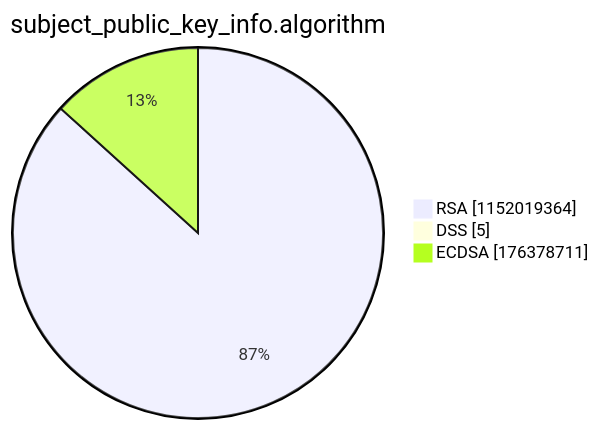
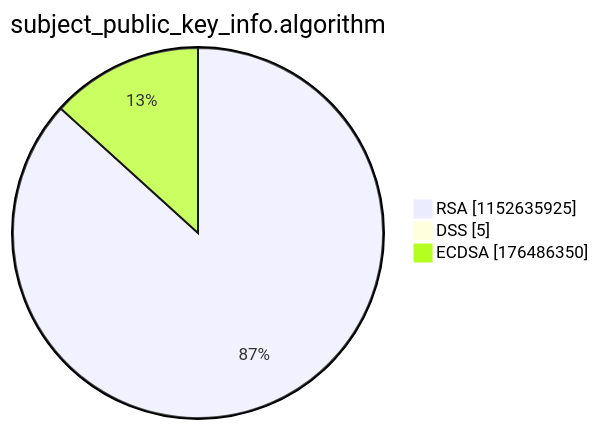
The third of 15 diagrams in argon2022/README.md (christiankrug/ctmonitor_visualization), drawn with Mermaid before and after one commit. The commit also changed other lines of this file, not shown here.

````diff
--- a/argon2022/README.md
+++ b/argon2022/README.md
@@ -14,7 +14,7 @@
 ```mermaid
 pie showData
 title subject_public_key_info.algorithm
-"RSA" :1152019364
+"RSA" :1152635925
 "DSS" :5
-"ECDSA" :176378711
+"ECDSA" :176486350
 ```
````
